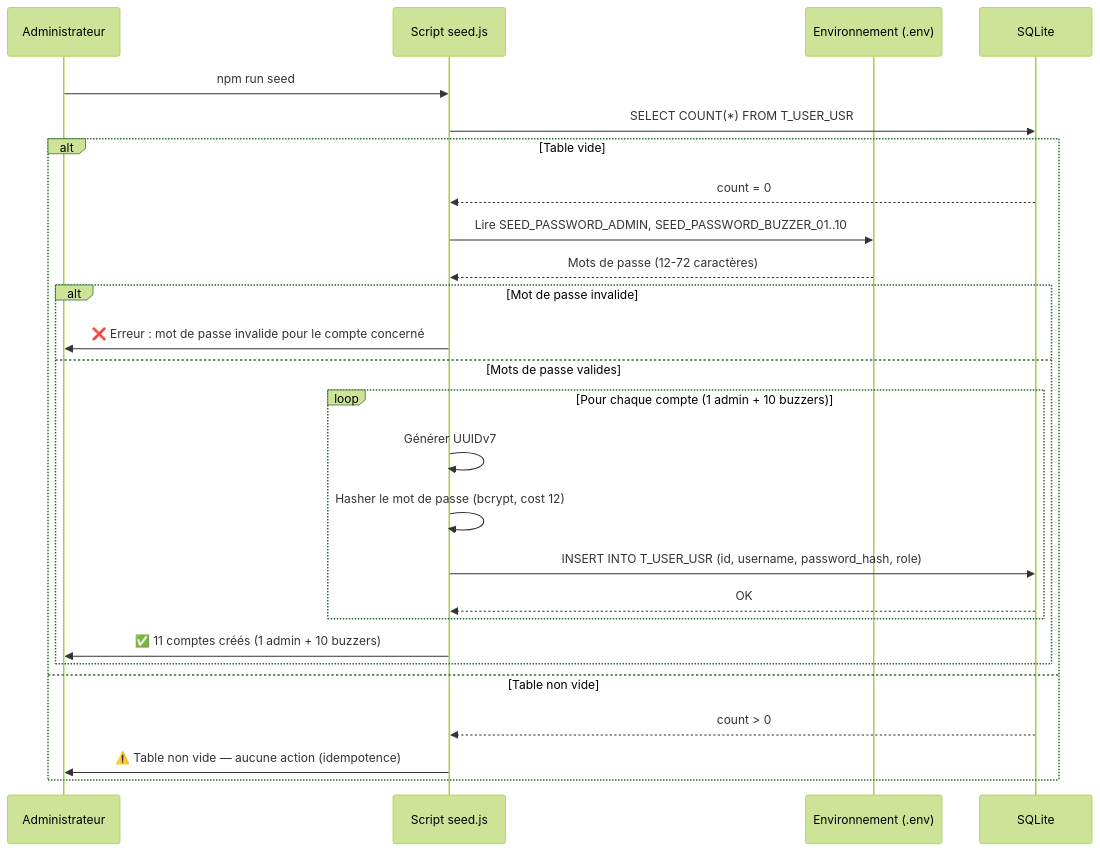
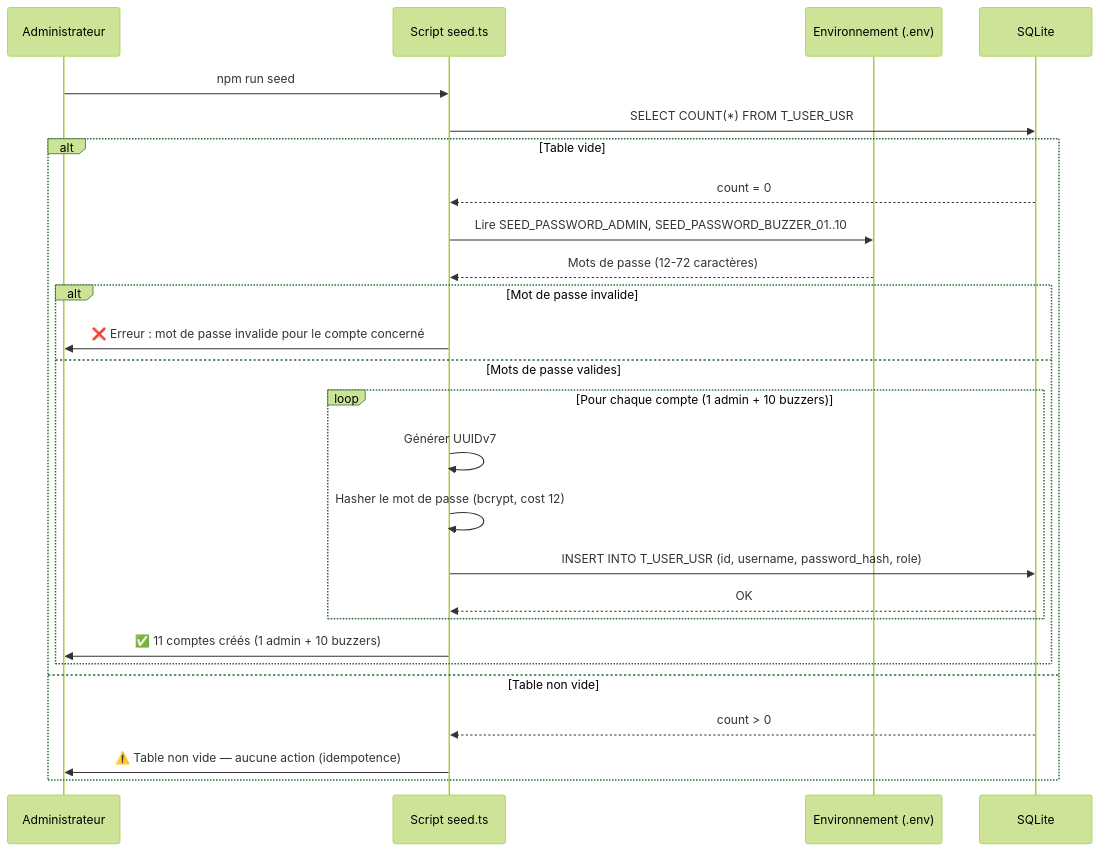
The diagram in docs/specs/diagrams/US-002-seed-users-sequence.mmd (ODehel/quiz-live-server), drawn with Mermaid before and after one commit. The commit also changed 5 other files, not shown here.

```diff
--- a/docs/specs/diagrams/US-002-seed-users-sequence.mmd
+++ b/docs/specs/diagrams/US-002-seed-users-sequence.mmd
@@ -1,30 +1,30 @@
 %%{init: {"theme": "forest"}}%%
 sequenceDiagram
     participant U as Administrateur
-    participant S as Script seed.js
+    participant S as Script seed.ts
     participant ENV as Environnement (.env)
     participant DB as SQLite
 
     U->>S: npm run seed
     S->>DB: SELECT COUNT(*) FROM T_USER_USR
 
     alt Table vide
         DB-->>S: count = 0
         S->>ENV: Lire SEED_PASSWORD_ADMIN, SEED_PASSWORD_BUZZER_01..10
         ENV-->>S: Mots de passe (12-72 caractères)
 
         alt Mot de passe invalide
             S->>U: ❌ Erreur : mot de passe invalide pour le compte concerné
         else Mots de passe valides
             loop Pour chaque compte (1 admin + 10 buzzers)
                 S->>S: Générer UUIDv7
                 S->>S: Hasher le mot de passe (bcrypt, cost 12)
                 S->>DB: INSERT INTO T_USER_USR (id, username, password_hash, role)
                 DB-->>S: OK
             end
             S->>U: ✅ 11 comptes créés (1 admin + 10 buzzers)
         end
     else Table non vide
         DB-->>S: count > 0
         S->>U: ⚠️ Table non vide — aucune action (idempotence)
     end
```
